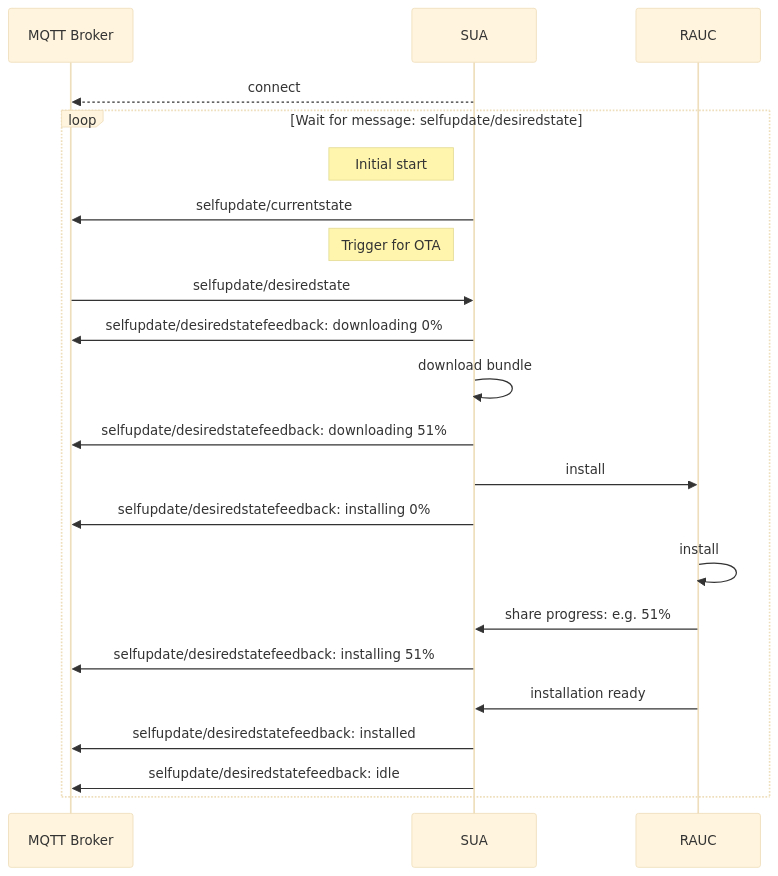
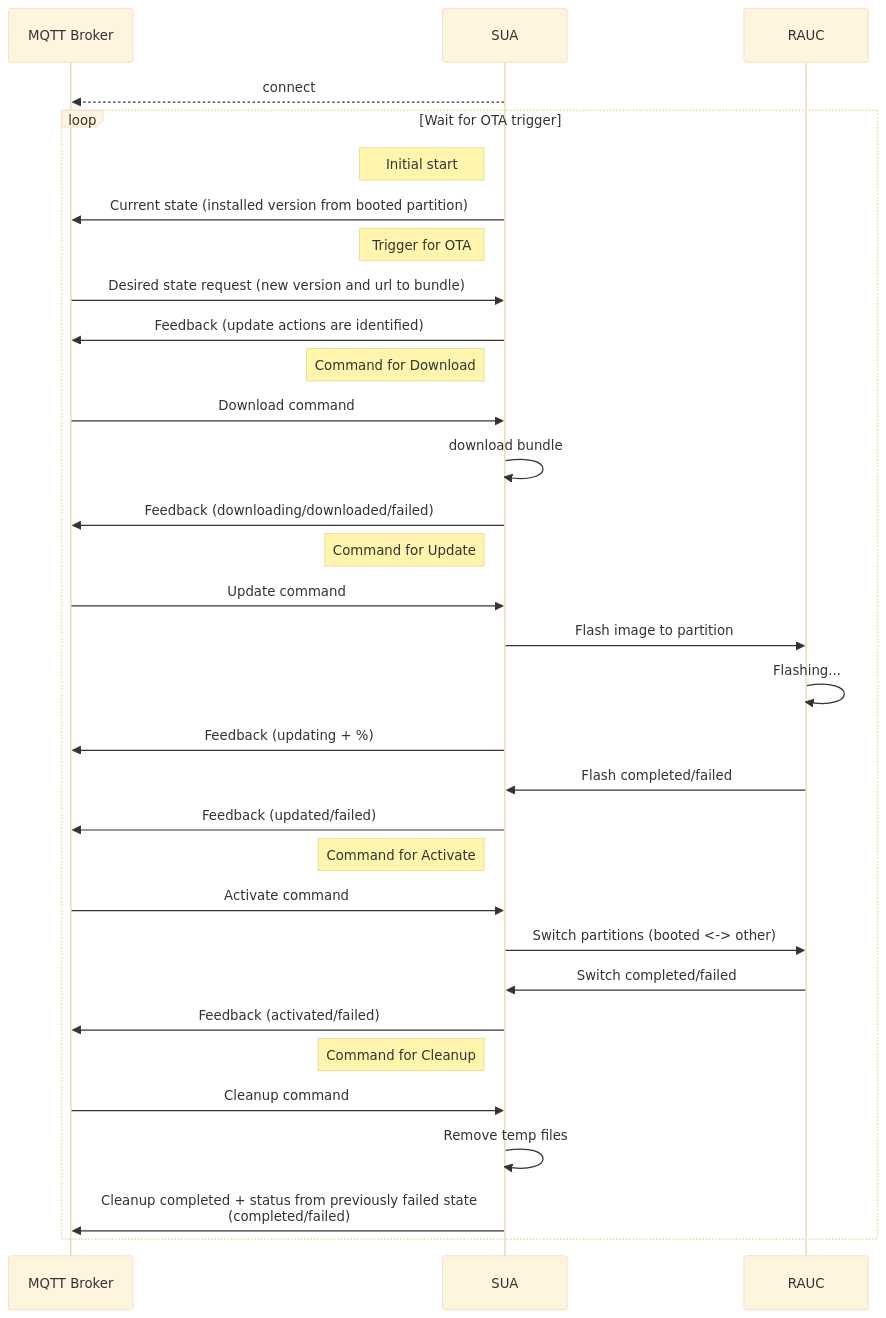
One commit to eclipse-leda/leda-contrib-self-update-agent changed the first of 2 diagrams in README.md. Above: the diagram before and after it, drawn with Mermaid (base theme). The commit also changed other lines of this file and 6 other files, not shown here.

````diff
--- a/README.md
+++ b/README.md
@@ -22,24 +22,43 @@
 ```mermaid
 sequenceDiagram
     participant m as MQTT Broker 
     participant s as SUA
     participant r as RAUC
+
     s -->> m: connect
-    loop Wait for message: selfupdate/desiredstate
+
+    loop Wait for OTA trigger
+
     Note left of s: Initial start
-    s ->> m: selfupdate/currentstate
+    s ->> m: Current state (installed version from booted partition)
+
     Note left of s: Trigger for OTA
-    m ->> s: selfupdate/desiredstate
-    s ->> m: selfupdate/desiredstatefeedback: downloading 0%
+    m ->> s: Desired state request (new version and url to bundle)
+    s ->> m: Feedback (update actions are identified)
+
+    Note left of s: Command for Download
+    m ->> s: Download command
     s ->> s: download bundle
-    s ->> m: selfupdate/desiredstatefeedback: downloading 51%
-    s ->> r: install
-    s ->> m: selfupdate/desiredstatefeedback: installing 0%
-    r ->> r: install
-    r ->> s: share progress: e.g. 51%
-    s ->> m: selfupdate/desiredstatefeedback: installing 51%
-    r ->> s: installation ready
-    s ->> m: selfupdate/desiredstatefeedback: installed 
-    s ->> m: selfupdate/desiredstatefeedback: idle 
+    s ->> m: Feedback (downloading/downloaded/failed)
+
+    Note left of s: Command for Update
+    m ->> s: Update command
+    s ->> r: Flash image to partition
+    r ->> r: Flashing...
+    s ->> m: Feedback (updating + %)
+    r ->> s: Flash completed/failed
+    s ->> m: Feedback (updated/failed)
+
+    Note left of s: Command for Activate
+    m ->> s: Activate command
+    s ->> r: Switch partitions (booted <-> other)
+    r ->> s: Switch completed/failed
+    s ->> m: Feedback (activated/failed)
+
+    Note left of s: Command for Cleanup
+    m ->> s: Cleanup command
+    s ->> s: Remove temp files
+    s ->> m: Cleanup completed + status from previously failed state<br>(completed/failed)
+
     end
 ```
````
